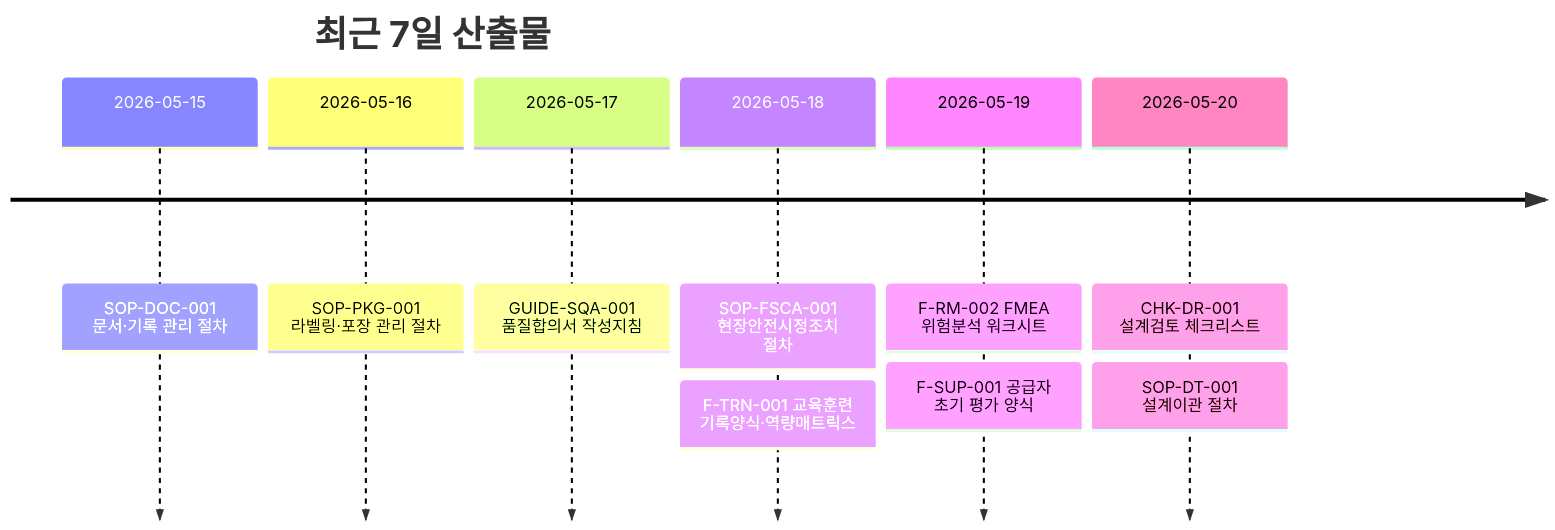
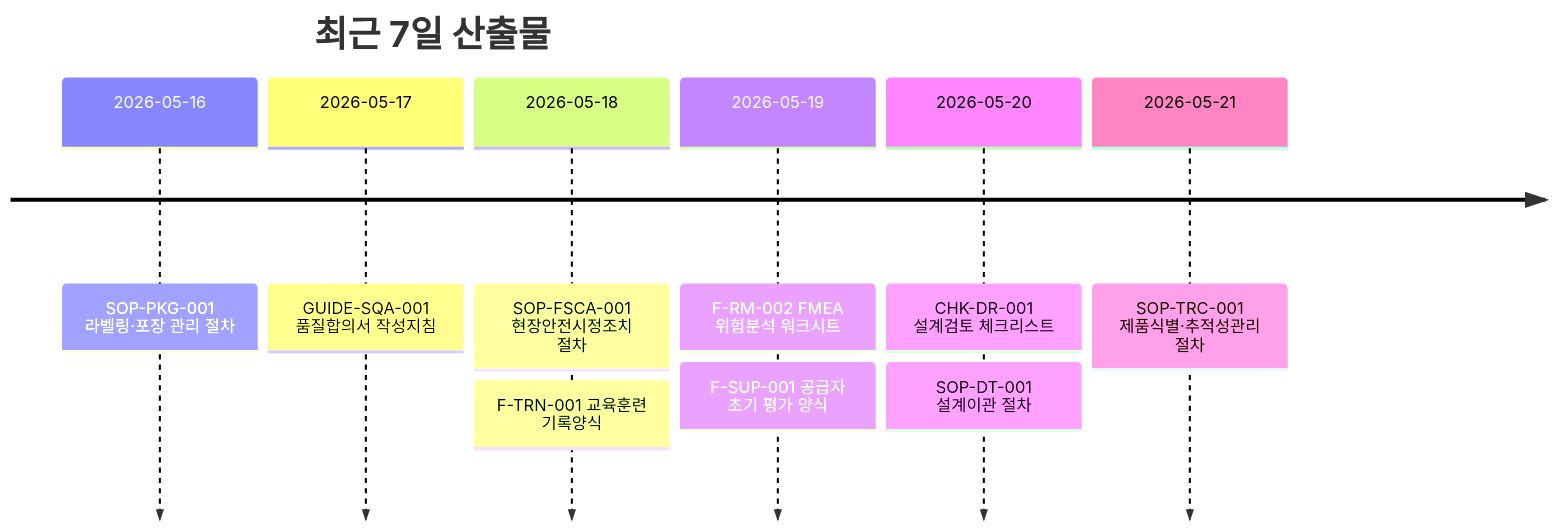
The third of 4 diagrams in README.md (holee9/MD-process), drawn with Mermaid before and after one commit. The commit also changed other lines of this file, not shown here.

````diff
--- a/README.md
+++ b/README.md
@@ -143,13 +143,13 @@
 ```mermaid
 timeline
     title 최근 7일 산출물
-    2026-05-15 : SOP-DOC-001 문서·기록 관리 절차
     2026-05-16 : SOP-PKG-001 라벨링·포장 관리 절차
     2026-05-17 : GUIDE-SQA-001 품질합의서 작성지침
     2026-05-18 : SOP-FSCA-001 현장안전시정조치 절차
-               : F-TRN-001 교육훈련 기록양식·역량매트릭스
+               : F-TRN-001 교육훈련 기록양식
     2026-05-19 : F-RM-002 FMEA 위험분석 워크시트
                : F-SUP-001 공급자 초기 평가 양식
     2026-05-20 : CHK-DR-001 설계검토 체크리스트
                : SOP-DT-001 설계이관 절차
+    2026-05-21 : SOP-TRC-001 제품식별·추적성관리 절차
 ```
````
